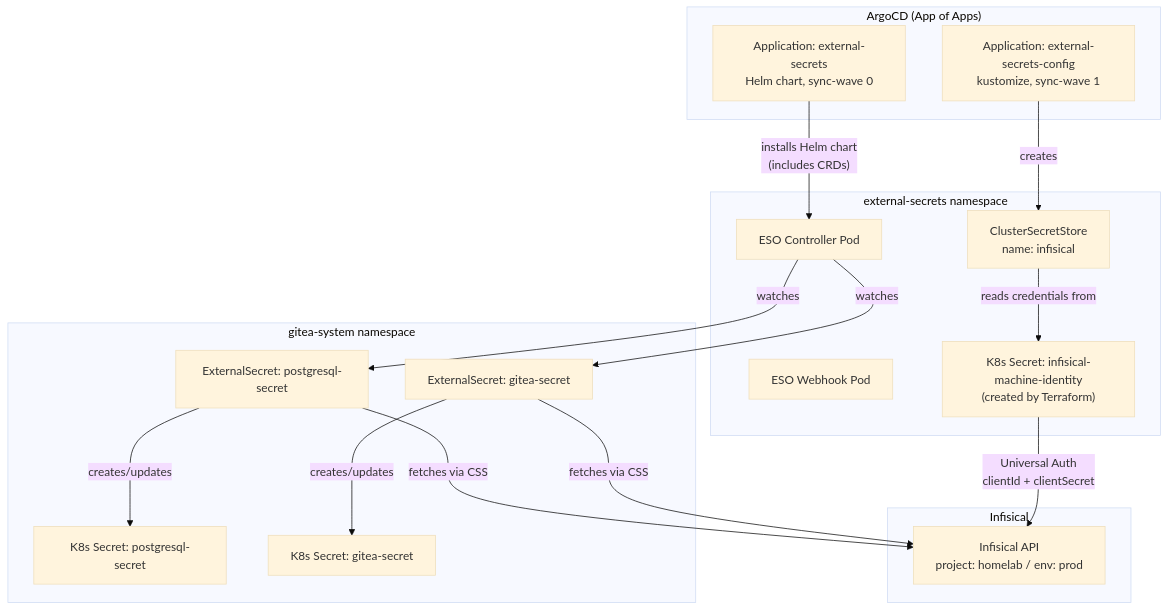
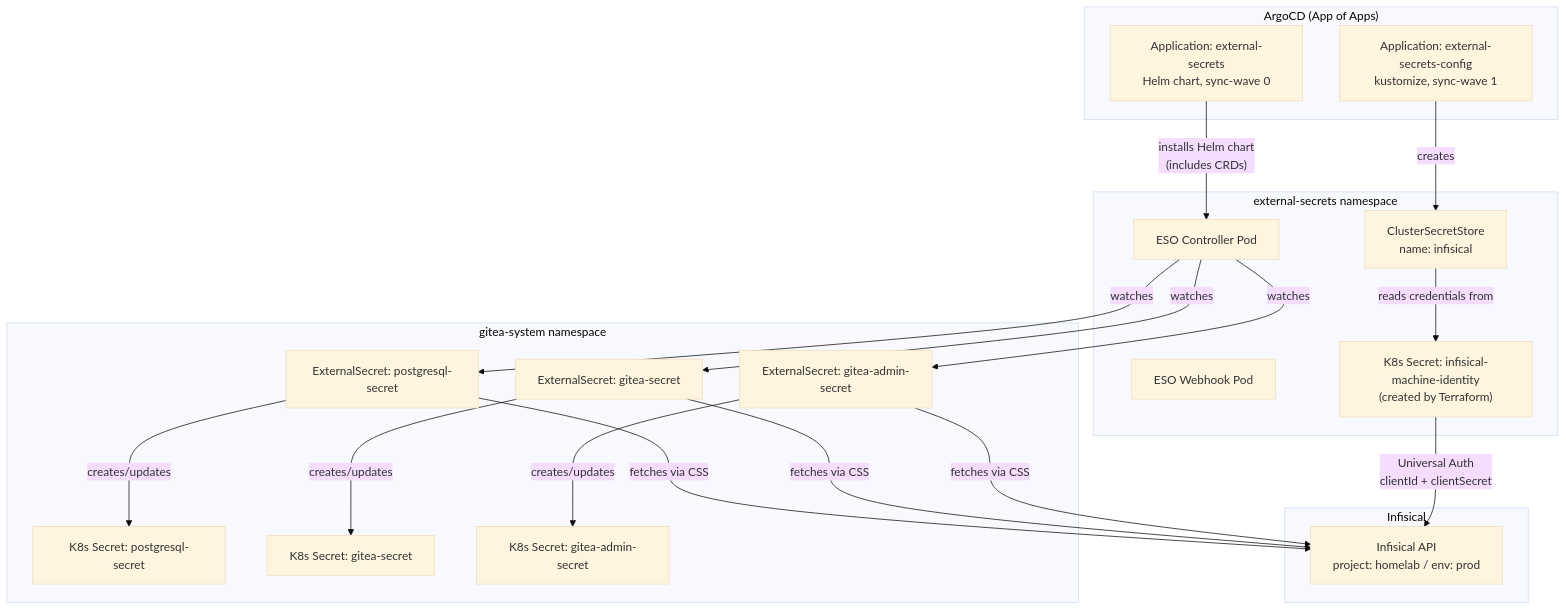
One commit to haingth77/homelab changed the first of 3 diagrams in k8s/apps/external-secrets/README.md. Above: the diagram before and after it, drawn with Mermaid (base theme). The commit also changed other lines of this file and 7 other files, not shown here.

````diff
--- a/k8s/apps/external-secrets/README.md
+++ b/k8s/apps/external-secrets/README.md
@@ -7,36 +7,41 @@
 ```mermaid
 flowchart TD
     subgraph argocd["ArgoCD (App of Apps)"]
         ESOApp["Application: external-secrets\nHelm chart, sync-wave 0"]
         ESCApp["Application: external-secrets-config\nkustomize, sync-wave 1"]
     end
 
     subgraph esoNs["external-secrets namespace"]
         ESOOperator["ESO Controller Pod"]
         WebhookPod["ESO Webhook Pod"]
         CSS["ClusterSecretStore\nname: infisical"]
         MachineIdentitySecret["K8s Secret: infisical-machine-identity\n(created by Terraform)"]
     end
 
     subgraph infisical["Infisical"]
         InfisicalAPI["Infisical API\nproject: homelab / env: prod"]
     end
 
     subgraph giteaNs["gitea-system namespace"]
         ES1["ExternalSecret: postgresql-secret"]
         ES2["ExternalSecret: gitea-secret"]
+        ES3["ExternalSecret: gitea-admin-secret"]
         K8sS1["K8s Secret: postgresql-secret"]
         K8sS2["K8s Secret: gitea-secret"]
+        K8sS3["K8s Secret: gitea-admin-secret"]
     end
 
     ESOApp -- "installs Helm chart\n(includes CRDs)" --> ESOOperator
     ESCApp -- "creates" --> CSS
     CSS -- "reads credentials from" --> MachineIdentitySecret
     MachineIdentitySecret -- "Universal Auth\nclientId + clientSecret" --> InfisicalAPI
     ESOOperator -- "watches" --> ES1
     ESOOperator -- "watches" --> ES2
+    ESOOperator -- "watches" --> ES3
     ES1 -- "fetches via CSS" --> InfisicalAPI
     ES2 -- "fetches via CSS" --> InfisicalAPI
+    ES3 -- "fetches via CSS" --> InfisicalAPI
     ES1 -- "creates/updates" --> K8sS1
     ES2 -- "creates/updates" --> K8sS2
+    ES3 -- "creates/updates" --> K8sS3
 ```
````
